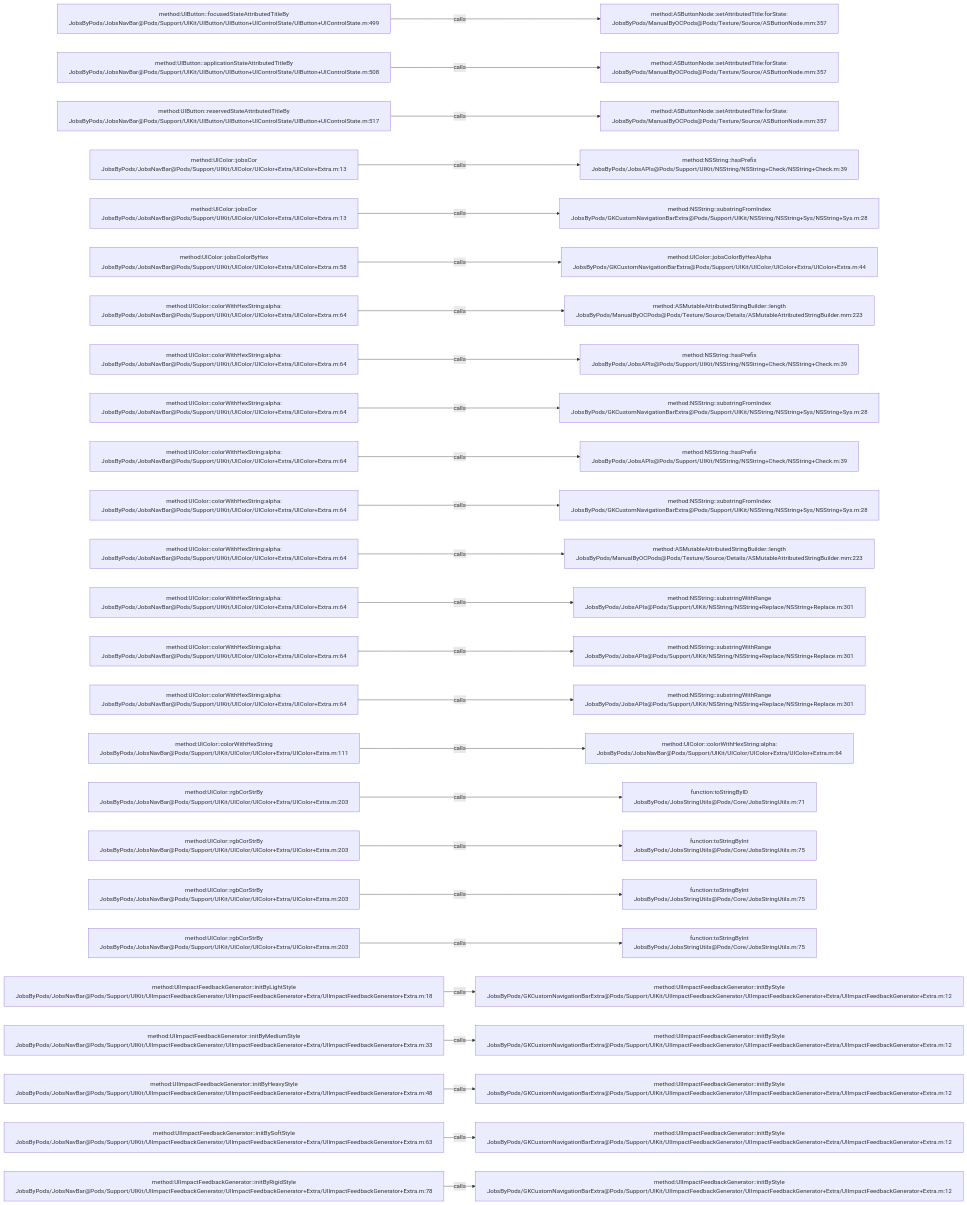
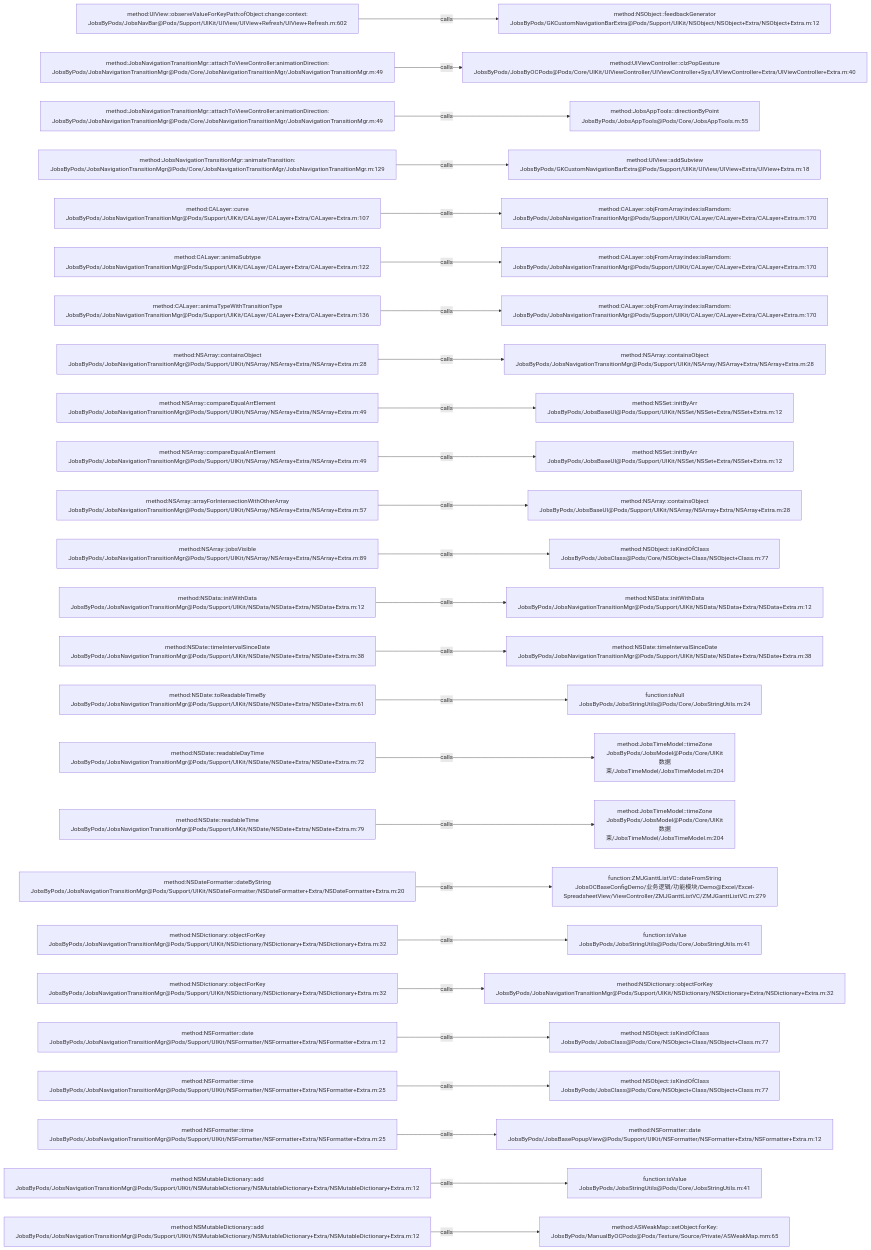
Before and after one commit to JobsKits/JobsOCBaseConfigDemo: the diagram in .codegraph/codegraph.md/graphs/calls-123.md, drawn with Mermaid. The commit also changed 639 other files, not shown here.

````diff
--- a/.codegraph/codegraph.md/graphs/calls-123.md
+++ b/.codegraph/codegraph.md/graphs/calls-123.md
@@ -13,78 +13,78 @@
 ```mermaid
 flowchart LR
-  S1["method:UIButton::focusedStateAttributedTitleBy<br/>JobsByPods/JobsNavBar@Pods/Support/UIKit/UIButton/UIButton+UIControlState/UIButton+UIControlState.m:499"]
-  T1["method:ASButtonNode::setAttributedTitle:forState:<br/>JobsByPods/ManualByOCPods@Pods/Texture/Source/ASButtonNode.mm:357"]
+  S1["method:UIView::observeValueForKeyPath:ofObject:change:context:<br/>JobsByPods/JobsNavBar@Pods/Support/UIKit/UIView/UIView+Refresh/UIView+Refresh.m:602"]
+  T1["method:NSObject::feedbackGenerator<br/>JobsByPods/GKCustomNavigationBarExtra@Pods/Support/UIKit/NSObject/NSObject+Extra/NSObject+Extra.m:12"]
   S1 -->|calls| T1
-  S2["method:UIButton::applicationStateAttributedTitleBy<br/>JobsByPods/JobsNavBar@Pods/Support/UIKit/UIButton/UIButton+UIControlState/UIButton+UIControlState.m:508"]
-  T2["method:ASButtonNode::setAttributedTitle:forState:<br/>JobsByPods/ManualByOCPods@Pods/Texture/Source/ASButtonNode.mm:357"]
+  S2["method:JobsNavigationTransitionMgr::attachToViewController:animationDirection:<br/>JobsByPods/JobsNavigationTransitionMgr@Pods/Core/JobsNavigationTransitionMgr/JobsNavigationTransitionMgr.m:49"]
+  T2["method:UIViewController::clzPopGesture<br/>JobsByPods/JobsByOCPods@Pods/Core/UIKit/UIViewController/UIViewController+Sys/UIViewController+Extra/UIViewController+Extra.m:40"]
   S2 -->|calls| T2
-  S3["method:UIButton::reservedStateAttributedTitleBy<br/>JobsByPods/JobsNavBar@Pods/Support/UIKit/UIButton/UIButton+UIControlState/UIButton+UIControlState.m:517"]
-  T3["method:ASButtonNode::setAttributedTitle:forState:<br/>JobsByPods/ManualByOCPods@Pods/Texture/Source/ASButtonNode.mm:357"]
+  S3["method:JobsNavigationTransitionMgr::attachToViewController:animationDirection:<br/>JobsByPods/JobsNavigationTransitionMgr@Pods/Core/JobsNavigationTransitionMgr/JobsNavigationTransitionMgr.m:49"]
+  T3["method:JobsAppTools::directionByPoint<br/>JobsByPods/JobsAppTools@Pods/Core/JobsAppTools.m:55"]
   S3 -->|calls| T3
-  S4["method:UIColor::jobsCor<br/>JobsByPods/JobsNavBar@Pods/Support/UIKit/UIColor/UIColor+Extra/UIColor+Extra.m:13"]
-  T4["method:NSString::hasPrefix<br/>JobsByPods/JobsAPIs@Pods/Support/UIKit/NSString/NSString+Check/NSString+Check.m:39"]
+  S4["method:JobsNavigationTransitionMgr::animateTransition:<br/>JobsByPods/JobsNavigationTransitionMgr@Pods/Core/JobsNavigationTransitionMgr/JobsNavigationTransitionMgr.m:129"]
+  T4["method:UIView::addSubview<br/>JobsByPods/GKCustomNavigationBarExtra@Pods/Support/UIKit/UIView/UIView+Extra/UIView+Extra.m:18"]
   S4 -->|calls| T4
-  S5["method:UIColor::jobsCor<br/>JobsByPods/JobsNavBar@Pods/Support/UIKit/UIColor/UIColor+Extra/UIColor+Extra.m:13"]
-  T5["method:NSString::substringFromIndex<br/>JobsByPods/GKCustomNavigationBarExtra@Pods/Support/UIKit/NSString/NSString+Sys/NSString+Sys.m:28"]
+  S5["method:CALayer::curve<br/>JobsByPods/JobsNavigationTransitionMgr@Pods/Support/UIKit/CALayer/CALayer+Extra/CALayer+Extra.m:107"]
+  T5["method:CALayer::objFromArray:index:isRamdom:<br/>JobsByPods/JobsNavigationTransitionMgr@Pods/Support/UIKit/CALayer/CALayer+Extra/CALayer+Extra.m:170"]
   S5 -->|calls| T5
-  S6["method:UIColor::jobsColorByHex<br/>JobsByPods/JobsNavBar@Pods/Support/UIKit/UIColor/UIColor+Extra/UIColor+Extra.m:58"]
-  T6["method:UIColor::jobsColorByHexAlpha<br/>JobsByPods/GKCustomNavigationBarExtra@Pods/Support/UIKit/UIColor/UIColor+Extra/UIColor+Extra.m:44"]
+  S6["method:CALayer::animaSubtype<br/>JobsByPods/JobsNavigationTransitionMgr@Pods/Support/UIKit/CALayer/CALayer+Extra/CALayer+Extra.m:122"]
+  T6["method:CALayer::objFromArray:index:isRamdom:<br/>JobsByPods/JobsNavigationTransitionMgr@Pods/Support/UIKit/CALayer/CALayer+Extra/CALayer+Extra.m:170"]
   S6 -->|calls| T6
-  S7["method:UIColor::colorWithHexString:alpha:<br/>JobsByPods/JobsNavBar@Pods/Support/UIKit/UIColor/UIColor+Extra/UIColor+Extra.m:64"]
-  T7["method:ASMutableAttributedStringBuilder::length<br/>JobsByPods/ManualByOCPods@Pods/Texture/Source/Details/ASMutableAttributedStringBuilder.mm:223"]
+  S7["method:CALayer::animaTypeWithTransitionType<br/>JobsByPods/JobsNavigationTransitionMgr@Pods/Support/UIKit/CALayer/CALayer+Extra/CALayer+Extra.m:136"]
+  T7["method:CALayer::objFromArray:index:isRamdom:<br/>JobsByPods/JobsNavigationTransitionMgr@Pods/Support/UIKit/CALayer/CALayer+Extra/CALayer+Extra.m:170"]
   S7 -->|calls| T7
-  S8["method:UIColor::colorWithHexString:alpha:<br/>JobsByPods/JobsNavBar@Pods/Support/UIKit/UIColor/UIColor+Extra/UIColor+Extra.m:64"]
-  T8["method:NSString::hasPrefix<br/>JobsByPods/JobsAPIs@Pods/Support/UIKit/NSString/NSString+Check/NSString+Check.m:39"]
+  S8["method:NSArray::containsObject<br/>JobsByPods/JobsNavigationTransitionMgr@Pods/Support/UIKit/NSArray/NSArray+Extra/NSArray+Extra.m:28"]
+  T8["method:NSArray::containsObject<br/>JobsByPods/JobsNavigationTransitionMgr@Pods/Support/UIKit/NSArray/NSArray+Extra/NSArray+Extra.m:28"]
   S8 -->|calls| T8
-  S9["method:UIColor::colorWithHexString:alpha:<br/>JobsByPods/JobsNavBar@Pods/Support/UIKit/UIColor/UIColor+Extra/UIColor+Extra.m:64"]
-  T9["method:NSString::substringFromIndex<br/>JobsByPods/GKCustomNavigationBarExtra@Pods/Support/UIKit/NSString/NSString+Sys/NSString+Sys.m:28"]
+  S9["method:NSArray::compareEqualArrElement<br/>JobsByPods/JobsNavigationTransitionMgr@Pods/Support/UIKit/NSArray/NSArray+Extra/NSArray+Extra.m:49"]
+  T9["method:NSSet::initByArr<br/>JobsByPods/JobsBaseUI@Pods/Support/UIKit/NSSet/NSSet+Extra/NSSet+Extra.m:12"]
   S9 -->|calls| T9
-  S10["method:UIColor::colorWithHexString:alpha:<br/>JobsByPods/JobsNavBar@Pods/Support/UIKit/UIColor/UIColor+Extra/UIColor+Extra.m:64"]
-  T10["method:NSString::hasPrefix<br/>JobsByPods/JobsAPIs@Pods/Support/UIKit/NSString/NSString+Check/NSString+Check.m:39"]
+  S10["method:NSArray::compareEqualArrElement<br/>JobsByPods/JobsNavigationTransitionMgr@Pods/Support/UIKit/NSArray/NSArray+Extra/NSArray+Extra.m:49"]
+  T10["method:NSSet::initByArr<br/>JobsByPods/JobsBaseUI@Pods/Support/UIKit/NSSet/NSSet+Extra/NSSet+Extra.m:12"]
   S10 -->|calls| T10
-  S11["method:UIColor::colorWithHexString:alpha:<br/>JobsByPods/JobsNavBar@Pods/Support/UIKit/UIColor/UIColor+Extra/UIColor+Extra.m:64"]
-  T11["method:NSString::substringFromIndex<br/>JobsByPods/GKCustomNavigationBarExtra@Pods/Support/UIKit/NSString/NSString+Sys/NSString+Sys.m:28"]
+  S11["method:NSArray::arrayForIntersectionWithOtherArray<br/>JobsByPods/JobsNavigationTransitionMgr@Pods/Support/UIKit/NSArray/NSArray+Extra/NSArray+Extra.m:57"]
+  T11["method:NSArray::containsObject<br/>JobsByPods/JobsBaseUI@Pods/Support/UIKit/NSArray/NSArray+Extra/NSArray+Extra.m:28"]
   S11 -->|calls| T11
-  S12["method:UIColor::colorWithHexString:alpha:<br/>JobsByPods/JobsNavBar@Pods/Support/UIKit/UIColor/UIColor+Extra/UIColor+Extra.m:64"]
-  T12["method:ASMutableAttributedStringBuilder::length<br/>JobsByPods/ManualByOCPods@Pods/Texture/Source/Details/ASMutableAttributedStringBuilder.mm:223"]
+  S12["method:NSArray::jobsVisible<br/>JobsByPods/JobsNavigationTransitionMgr@Pods/Support/UIKit/NSArray/NSArray+Extra/NSArray+Extra.m:89"]
+  T12["method:NSObject::isKindOfClass<br/>JobsByPods/JobsClass@Pods/Core/NSObject+Class/NSObject+Class.m:77"]
   S12 -->|calls| T12
-  S13["method:UIColor::colorWithHexString:alpha:<br/>JobsByPods/JobsNavBar@Pods/Support/UIKit/UIColor/UIColor+Extra/UIColor+Extra.m:64"]
-  T13["method:NSString::substringWithRange<br/>JobsByPods/JobsAPIs@Pods/Support/UIKit/NSString/NSString+Replace/NSString+Replace.m:301"]
+  S13["method:NSData::initWithData<br/>JobsByPods/JobsNavigationTransitionMgr@Pods/Support/UIKit/NSData/NSData+Extra/NSData+Extra.m:12"]
+  T13["method:NSData::initWithData<br/>JobsByPods/JobsNavigationTransitionMgr@Pods/Support/UIKit/NSData/NSData+Extra/NSData+Extra.m:12"]
   S13 -->|calls| T13
-  S14["method:UIColor::colorWithHexString:alpha:<br/>JobsByPods/JobsNavBar@Pods/Support/UIKit/UIColor/UIColor+Extra/UIColor+Extra.m:64"]
-  T14["method:NSString::substringWithRange<br/>JobsByPods/JobsAPIs@Pods/Support/UIKit/NSString/NSString+Replace/NSString+Replace.m:301"]
+  S14["method:NSDate::timeIntervalSinceDate<br/>JobsByPods/JobsNavigationTransitionMgr@Pods/Support/UIKit/NSDate/NSDate+Extra/NSDate+Extra.m:38"]
+  T14["method:NSDate::timeIntervalSinceDate<br/>JobsByPods/JobsNavigationTransitionMgr@Pods/Support/UIKit/NSDate/NSDate+Extra/NSDate+Extra.m:38"]
   S14 -->|calls| T14
-  S15["method:UIColor::colorWithHexString:alpha:<br/>JobsByPods/JobsNavBar@Pods/Support/UIKit/UIColor/UIColor+Extra/UIColor+Extra.m:64"]
-  T15["method:NSString::substringWithRange<br/>JobsByPods/JobsAPIs@Pods/Support/UIKit/NSString/NSString+Replace/NSString+Replace.m:301"]
+  S15["method:NSDate::toReadableTimeBy<br/>JobsByPods/JobsNavigationTransitionMgr@Pods/Support/UIKit/NSDate/NSDate+Extra/NSDate+Extra.m:61"]
+  T15["function:isNull<br/>JobsByPods/JobsStringUtils@Pods/Core/JobsStringUtils.m:24"]
   S15 -->|calls| T15
-  S16["method:UIColor::colorWithHexString<br/>JobsByPods/JobsNavBar@Pods/Support/UIKit/UIColor/UIColor+Extra/UIColor+Extra.m:111"]
-  T16["method:UIColor::colorWithHexString:alpha:<br/>JobsByPods/JobsNavBar@Pods/Support/UIKit/UIColor/UIColor+Extra/UIColor+Extra.m:64"]
+  S16["method:NSDate::readableDayTime<br/>JobsByPods/JobsNavigationTransitionMgr@Pods/Support/UIKit/NSDate/NSDate+Extra/NSDate+Extra.m:72"]
+  T16["method:JobsTimeModel::timeZone<br/>JobsByPods/JobsModel@Pods/Core/UIKit数据束/JobsTimeModel/JobsTimeModel.m:204"]
   S16 -->|calls| T16
-  S17["method:UIColor::rgbCorStrBy<br/>JobsByPods/JobsNavBar@Pods/Support/UIKit/UIColor/UIColor+Extra/UIColor+Extra.m:203"]
-  T17["function:toStringByID<br/>JobsByPods/JobsStringUtils@Pods/Core/JobsStringUtils.m:71"]
+  S17["method:NSDate::readableTime<br/>JobsByPods/JobsNavigationTransitionMgr@Pods/Support/UIKit/NSDate/NSDate+Extra/NSDate+Extra.m:79"]
+  T17["method:JobsTimeModel::timeZone<br/>JobsByPods/JobsModel@Pods/Core/UIKit数据束/JobsTimeModel/JobsTimeModel.m:204"]
   S17 -->|calls| T17
-  S18["method:UIColor::rgbCorStrBy<br/>JobsByPods/JobsNavBar@Pods/Support/UIKit/UIColor/UIColor+Extra/UIColor+Extra.m:203"]
-  T18["function:toStringByInt<br/>JobsByPods/JobsStringUtils@Pods/Core/JobsStringUtils.m:75"]
+  S18["method:NSDateFormatter::dateByString<br/>JobsByPods/JobsNavigationTransitionMgr@Pods/Support/UIKit/NSDateFormatter/NSDateFormatter+Extra/NSDateFormatter+Extra.m:20"]
+  T18["function:ZMJGanttListVC::dateFromString<br/>JobsOCBaseConfigDemo/业务逻辑/功能模块/Demo@Excel/Excel-SpreadsheetView/ViewController/ZMJGanttListVC/ZMJGanttListVC.m:279"]
   S18 -->|calls| T18
-  S19["method:UIColor::rgbCorStrBy<br/>JobsByPods/JobsNavBar@Pods/Support/UIKit/UIColor/UIColor+Extra/UIColor+Extra.m:203"]
-  T19["function:toStringByInt<br/>JobsByPods/JobsStringUtils@Pods/Core/JobsStringUtils.m:75"]
+  S19["method:NSDictionary::objectForKey<br/>JobsByPods/JobsNavigationTransitionMgr@Pods/Support/UIKit/NSDictionary/NSDictionary+Extra/NSDictionary+Extra.m:32"]
+  T19["function:isValue<br/>JobsByPods/JobsStringUtils@Pods/Core/JobsStringUtils.m:41"]
   S19 -->|calls| T19
-  S20["method:UIColor::rgbCorStrBy<br/>JobsByPods/JobsNavBar@Pods/Support/UIKit/UIColor/UIColor+Extra/UIColor+Extra.m:203"]
-  T20["function:toStringByInt<br/>JobsByPods/JobsStringUtils@Pods/Core/JobsStringUtils.m:75"]
+  S20["method:NSDictionary::objectForKey<br/>JobsByPods/JobsNavigationTransitionMgr@Pods/Support/UIKit/NSDictionary/NSDictionary+Extra/NSDictionary+Extra.m:32"]
+  T20["method:NSDictionary::objectForKey<br/>JobsByPods/JobsNavigationTransitionMgr@Pods/Support/UIKit/NSDictionary/NSDictionary+Extra/NSDictionary+Extra.m:32"]
   S20 -->|calls| T20
-  S21["method:UIImpactFeedbackGenerator::initByLightStyle<br/>JobsByPods/JobsNavBar@Pods/Support/UIKit/UIImpactFeedbackGenerator/UIImpactFeedbackGenerator+Extra/UIImpactFeedbackGenerator+Extra.m:18"]
-  T21["method:UIImpactFeedbackGenerator::initByStyle<br/>JobsByPods/GKCustomNavigationBarExtra@Pods/Support/UIKit/UIImpactFeedbackGenerator/UIImpactFeedbackGenerator+Extra/UIImpactFeedbackGenerator+Extra.m:12"]
+  S21["method:NSFormatter::date<br/>JobsByPods/JobsNavigationTransitionMgr@Pods/Support/UIKit/NSFormatter/NSFormatter+Extra/NSFormatter+Extra.m:12"]
+  T21["method:NSObject::isKindOfClass<br/>JobsByPods/JobsClass@Pods/Core/NSObject+Class/NSObject+Class.m:77"]
   S21 -->|calls| T21
-  S22["method:UIImpactFeedbackGenerator::initByMediumStyle<br/>JobsByPods/JobsNavBar@Pods/Support/UIKit/UIImpactFeedbackGenerator/UIImpactFeedbackGenerator+Extra/UIImpactFeedbackGenerator+Extra.m:33"]
-  T22["method:UIImpactFeedbackGenerator::initByStyle<br/>JobsByPods/GKCustomNavigationBarExtra@Pods/Support/UIKit/UIImpactFeedbackGenerator/UIImpactFeedbackGenerator+Extra/UIImpactFeedbackGenerator+Extra.m:12"]
+  S22["method:NSFormatter::time<br/>JobsByPods/JobsNavigationTransitionMgr@Pods/Support/UIKit/NSFormatter/NSFormatter+Extra/NSFormatter+Extra.m:25"]
+  T22["method:NSObject::isKindOfClass<br/>JobsByPods/JobsClass@Pods/Core/NSObject+Class/NSObject+Class.m:77"]
   S22 -->|calls| T22
-  S23["method:UIImpactFeedbackGenerator::initByHeavyStyle<br/>JobsByPods/JobsNavBar@Pods/Support/UIKit/UIImpactFeedbackGenerator/UIImpactFeedbackGenerator+Extra/UIImpactFeedbackGenerator+Extra.m:48"]
-  T23["method:UIImpactFeedbackGenerator::initByStyle<br/>JobsByPods/GKCustomNavigationBarExtra@Pods/Support/UIKit/UIImpactFeedbackGenerator/UIImpactFeedbackGenerator+Extra/UIImpactFeedbackGenerator+Extra.m:12"]
+  S23["method:NSFormatter::time<br/>JobsByPods/JobsNavigationTransitionMgr@Pods/Support/UIKit/NSFormatter/NSFormatter+Extra/NSFormatter+Extra.m:25"]
+  T23["method:NSFormatter::date<br/>JobsByPods/JobsBasePopupView@Pods/Support/UIKit/NSFormatter/NSFormatter+Extra/NSFormatter+Extra.m:12"]
   S23 -->|calls| T23
-  S24["method:UIImpactFeedbackGenerator::initBySoftStyle<br/>JobsByPods/JobsNavBar@Pods/Support/UIKit/UIImpactFeedbackGenerator/UIImpactFeedbackGenerator+Extra/UIImpactFeedbackGenerator+Extra.m:63"]
-  T24["method:UIImpactFeedbackGenerator::initByStyle<br/>JobsByPods/GKCustomNavigationBarExtra@Pods/Support/UIKit/UIImpactFeedbackGenerator/UIImpactFeedbackGenerator+Extra/UIImpactFeedbackGenerator+Extra.m:12"]
+  S24["method:NSMutableDictionary::add<br/>JobsByPods/JobsNavigationTransitionMgr@Pods/Support/UIKit/NSMutableDictionary/NSMutableDictionary+Extra/NSMutableDictionary+Extra.m:12"]
+  T24["function:isValue<br/>JobsByPods/JobsStringUtils@Pods/Core/JobsStringUtils.m:41"]
   S24 -->|calls| T24
-  S25["method:UIImpactFeedbackGenerator::initByRigidStyle<br/>JobsByPods/JobsNavBar@Pods/Support/UIKit/UIImpactFeedbackGenerator/UIImpactFeedbackGenerator+Extra/UIImpactFeedbackGenerator+Extra.m:78"]
-  T25["method:UIImpactFeedbackGenerator::initByStyle<br/>JobsByPods/GKCustomNavigationBarExtra@Pods/Support/UIKit/UIImpactFeedbackGenerator/UIImpactFeedbackGenerator+Extra/UIImpactFeedbackGenerator+Extra.m:12"]
+  S25["method:NSMutableDictionary::add<br/>JobsByPods/JobsNavigationTransitionMgr@Pods/Support/UIKit/NSMutableDictionary/NSMutableDictionary+Extra/NSMutableDictionary+Extra.m:12"]
+  T25["method:ASWeakMap::setObject:forKey:<br/>JobsByPods/ManualByOCPods@Pods/Texture/Source/Private/ASWeakMap.mm:65"]
   S25 -->|calls| T25
 ```
````
